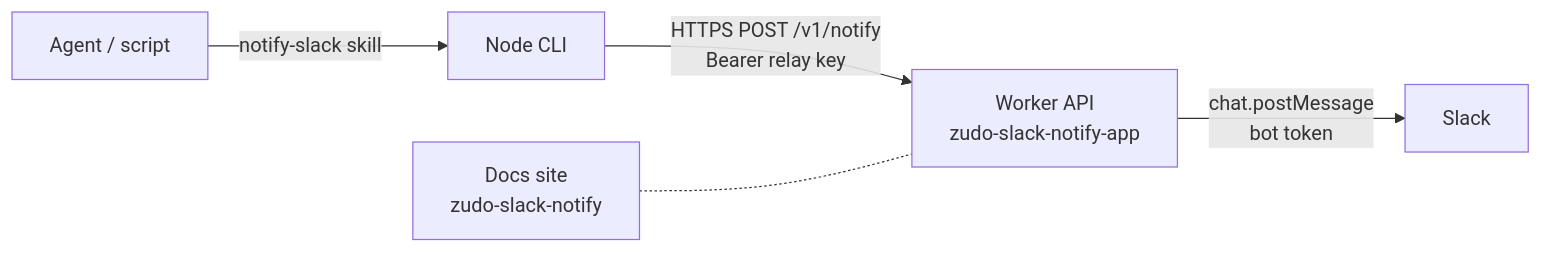
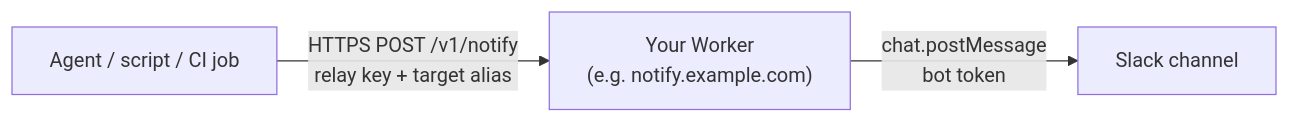
The diagram in doc/src/content/docs/overview/index.mdx (Takazudo/zudo-slack-notify), drawn with Mermaid before and after one commit. The commit also changed other lines of this file and 4 other files, not shown here.

````diff
--- a/doc/src/content/docs/overview/index.mdx
+++ b/doc/src/content/docs/overview/index.mdx
@@ -17,7 +19,5 @@
 ```mermaid
 flowchart LR
-  agent["Agent / script"] -->|notify-slack skill| cli["Node CLI"]
-  cli -->|"HTTPS POST /v1/notify<br/>Bearer relay key"| api["Worker API<br/>zudo-slack-notify-app"]
-  api -->|"chat.postMessage<br/>bot token"| slack["Slack"]
-  docs["Docs site<br/>zudo-slack-notify"] -.- api
+  caller["Agent / script / CI job"] -->|"HTTPS POST /v1/notify<br/>relay key + target alias"| worker["Your Worker<br/>(e.g. notify.example.com)"]
+  worker -->|"chat.postMessage<br/>bot token"| slack["Slack channel"]
 ```
````
